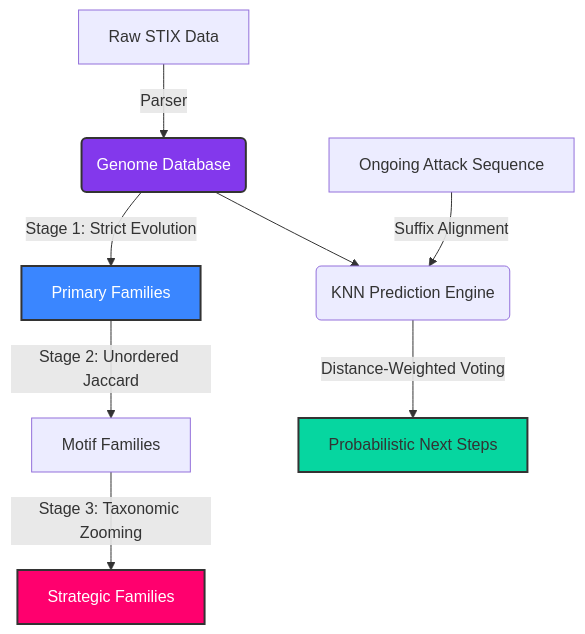
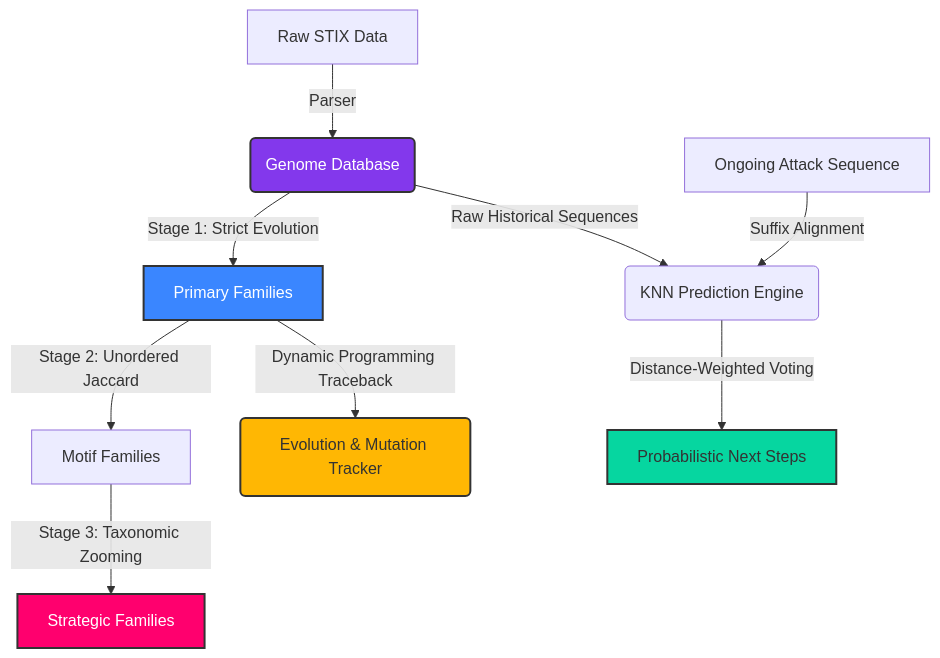
Before and after one commit to rakesh-pathuri/CyberPhylogeny: the diagram in README.md, drawn with Mermaid. The commit also changed other lines of this file and 11327 other files, not shown here.

Commit message:
docs: finalize README architecture and prediction models

````diff
--- a/README.md
+++ b/README.md
@@ -29,16 +30,23 @@
 ```mermaid
 graph TD
     A[Raw STIX Data] -->|Parser| B(Genome Database)
+    
+    %% Clustering Pipeline
     B -->|Stage 1: Strict Evolution| C[Primary Families]
     C -->|Stage 2: Unordered Jaccard| D[Motif Families]
     D -->|Stage 3: Taxonomic Zooming| E[Strategic Families]
     
+    %% Evolution Pipeline
+    C -->|Dynamic Programming Traceback| I(Evolution & Mutation Tracker)
+    
+    %% Prediction Pipeline
     F[Ongoing Attack Sequence] -->|Suffix Alignment| G(KNN Prediction Engine)
-    B --> G
+    B -->|Raw Historical Sequences| G
     G -->|Distance-Weighted Voting| H[Probabilistic Next Steps]
     
     style B fill:#8338ec,stroke:#333,stroke-width:2px,color:#fff
     style C fill:#3a86ff,stroke:#333,stroke-width:2px,color:#fff
     style E fill:#ff006e,stroke:#333,stroke-width:2px,color:#fff
     style H fill:#06d6a0,stroke:#333,stroke-width:2px,color:#black
+    style I fill:#ffb703,stroke:#333,stroke-width:2px,color:#black
 ```
````
